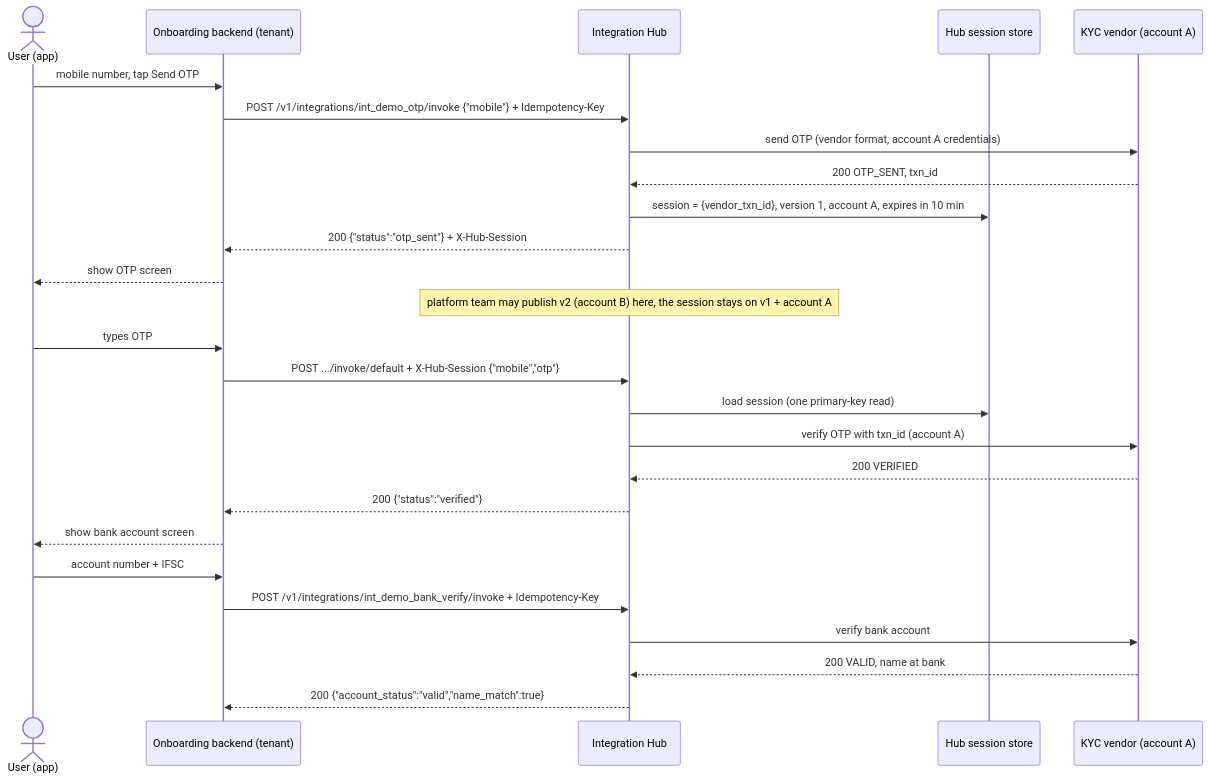
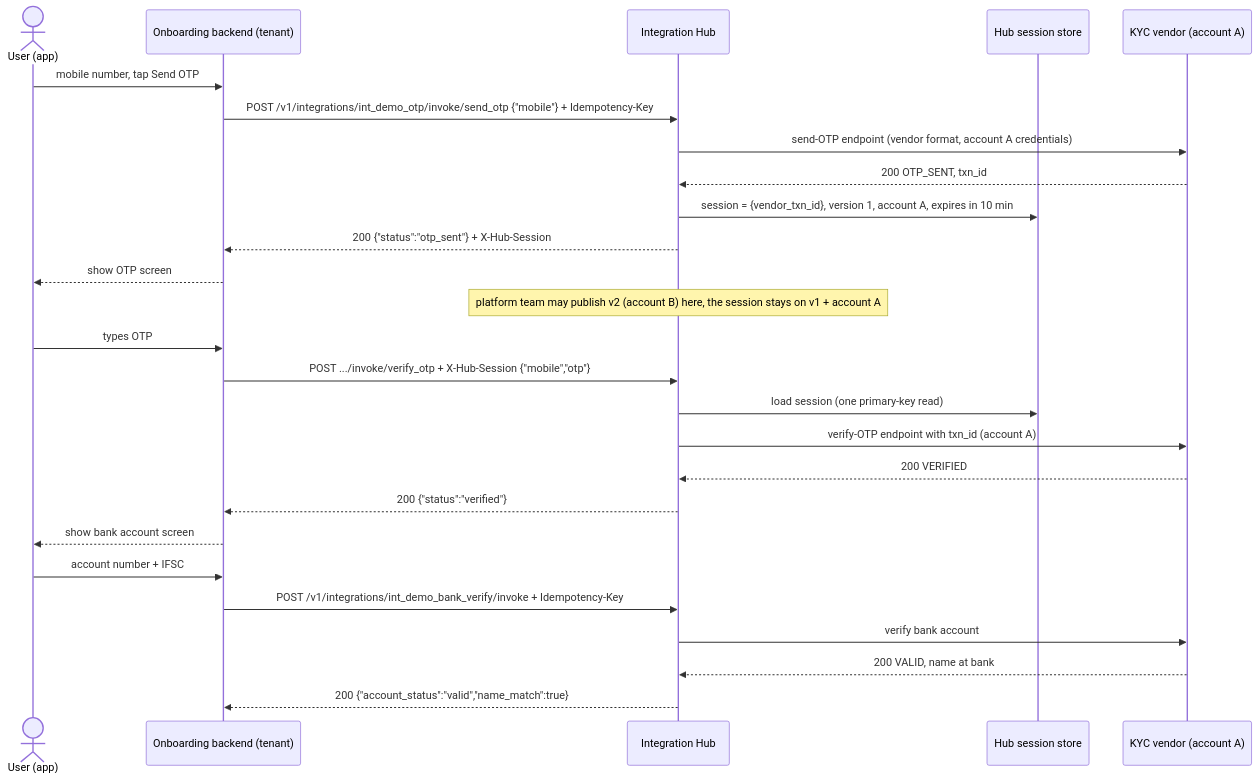
Before and after one commit to Donquixot-Doflamingo/integration-hub: the seventh of 12 diagrams in docs/use-cases/README.md, drawn with Mermaid. The commit also changed other lines of this file and 51 other files, not shown here.

````diff
--- a/docs/use-cases/README.md
+++ b/docs/use-cases/README.md
@@ -418,28 +418,28 @@
 ```mermaid
 sequenceDiagram
   actor U as User (app)
   participant B as Onboarding backend (tenant)
   participant H as Integration Hub
   participant DB as Hub session store
   participant V as KYC vendor (account A)
   U->>B: mobile number, tap Send OTP
-  B->>H: POST /v1/integrations/int_demo_otp/invoke {"mobile"} + Idempotency-Key
-  H->>V: send OTP (vendor format, account A credentials)
+  B->>H: POST /v1/integrations/int_demo_otp/invoke/send_otp {"mobile"} + Idempotency-Key
+  H->>V: send-OTP endpoint (vendor format, account A credentials)
   V-->>H: 200 OTP_SENT, txn_id
   H->>DB: session = {vendor_txn_id}, version 1, account A, expires in 10 min
   H-->>B: 200 {"status":"otp_sent"} + X-Hub-Session
   B-->>U: show OTP screen
   Note over H: platform team may publish v2 (account B) here, the session stays on v1 + account A
   U->>B: types OTP
-  B->>H: POST .../invoke/default + X-Hub-Session {"mobile","otp"}
+  B->>H: POST .../invoke/verify_otp + X-Hub-Session {"mobile","otp"}
   H->>DB: load session (one primary-key read)
-  H->>V: verify OTP with txn_id (account A)
+  H->>V: verify-OTP endpoint with txn_id (account A)
   V-->>H: 200 VERIFIED
   H-->>B: 200 {"status":"verified"}
   B-->>U: show bank account screen
   U->>B: account number + IFSC
   B->>H: POST /v1/integrations/int_demo_bank_verify/invoke + Idempotency-Key
   H->>V: verify bank account
   V-->>H: 200 VALID, name at bank
   H-->>B: 200 {"account_status":"valid","name_match":true}
 ```
````
